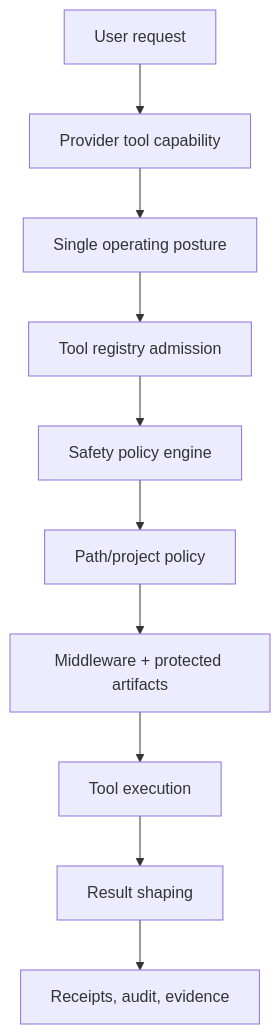
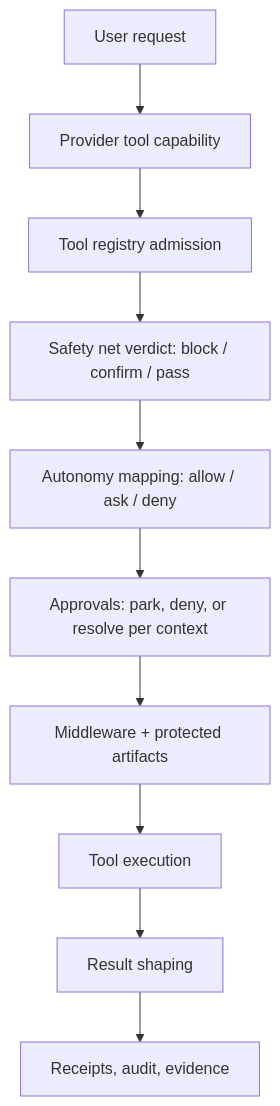
One commit to iowarp/clio-coder changed the diagram in docs/safety-model.md. Above: the diagram before and after it, drawn with Mermaid. The commit also changed other lines of this file and 34 other files, not shown here.

First line of the commit message:
Rename the dial to autonomy and surface the two axes (sd-01 I2b)

````diff
--- a/docs/safety-model.md
+++ b/docs/safety-model.md
@@ -20,12 +46,12 @@
 ```mermaid
 graph TD
     user[User request] --> surface[Provider tool capability]
-    surface --> posture[Single operating posture]
-    posture --> registry[Tool registry admission]
-    registry --> safety[Safety policy engine]
-    safety --> path[Path/project policy]
-    path --> middleware[Middleware + protected artifacts]
+    surface --> registry[Tool registry admission]
+    registry --> net[Safety net verdict: block / confirm / pass]
+    net --> autonomy[Autonomy mapping: allow / ask / deny]
+    autonomy --> approvals[Approvals: park, deny, or resolve per context]
+    approvals --> middleware[Middleware + protected artifacts]
     middleware --> run[Tool execution]
     run --> shape[Result shaping]
     shape --> receipt[Receipts, audit, evidence]
 ```
````
